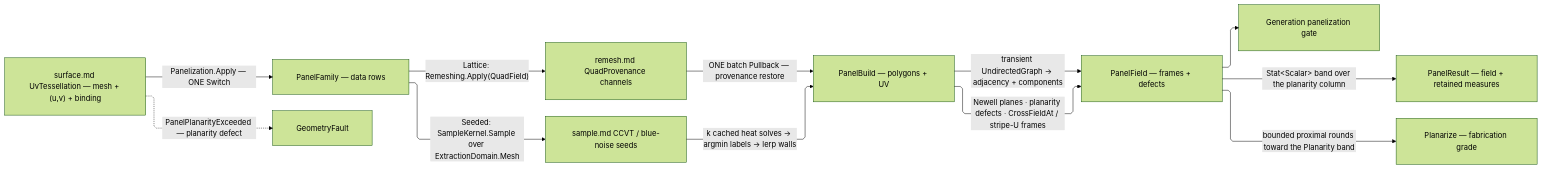
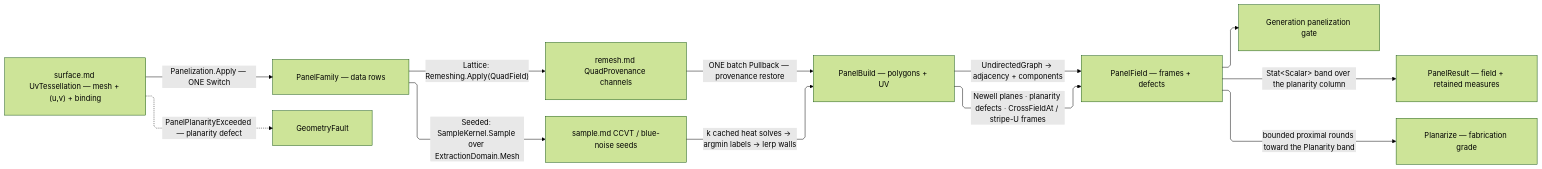
Before and after one commit to bsamiee/Rasm: the diagram in libs/dotnet/Rasm/.planning/Parametric/panelize.md, drawn with Mermaid (forest theme). The commit also changed other lines of this file and 16 other files, not shown here.

````diff
--- a/libs/dotnet/Rasm/.planning/Parametric/panelize.md
+++ b/libs/dotnet/Rasm/.planning/Parametric/panelize.md
@@ -527,23 +527,23 @@
 ```mermaid
 ---
 config:
   layout: elk
   flowchart:
     curve: linear
     padding: 25
 ---
 flowchart LR
     accTitle: Panelization flow
     accDescr: PanelOp folds seeds through the cross-field remesh and pullback into the PanelField SoA wire with frames, planarity, adjacency, component, shape-class, and flip-parity columns.
     UvT["surface.md UvTessellation — mesh + (u,v) + binding"] -->|"Panelization.Apply — ONE Switch"| Family["PanelFamily — data rows"]
     Family -->|"Lattice: Remeshing.Apply(QuadField)"| Remesh["remesh.md QuadProvenance channels"]
     Remesh -->|"ONE batch Pullback — provenance restore"| Build["PanelBuild — polygons + UV"]
     Family -->|"Seeded: SampleKernel.Sample over ExtractionDomain.Mesh"| Seeds["sample.md CCVT / blue-noise seeds"]
     Seeds -->|"k cached heat solves → argmin labels → lerp walls"| Build
     Build -->|"Newell planes · planarity defects · CrossFieldAt / stripe-U frames"| Field["PanelField — frames + defects"]
-    Build -->|"transient UndirectedGraph → adjacency + components"| Field
+    Build -->|"UndirectedGraph → adjacency + components"| Field
     Field -->|"Stat&lt;Scalar&gt; band over the planarity column"| Result["PanelResult — field + retained measures"]
     Field -->|"bounded proximal rounds toward the Planarity band"| Planar["Planarize — fabrication grade"]
     Field --> Gate["Generation panelization gate"]
     UvT -.->|"PanelPlanarityExceeded — planarity defect"| GeometryFault
 ```
````
